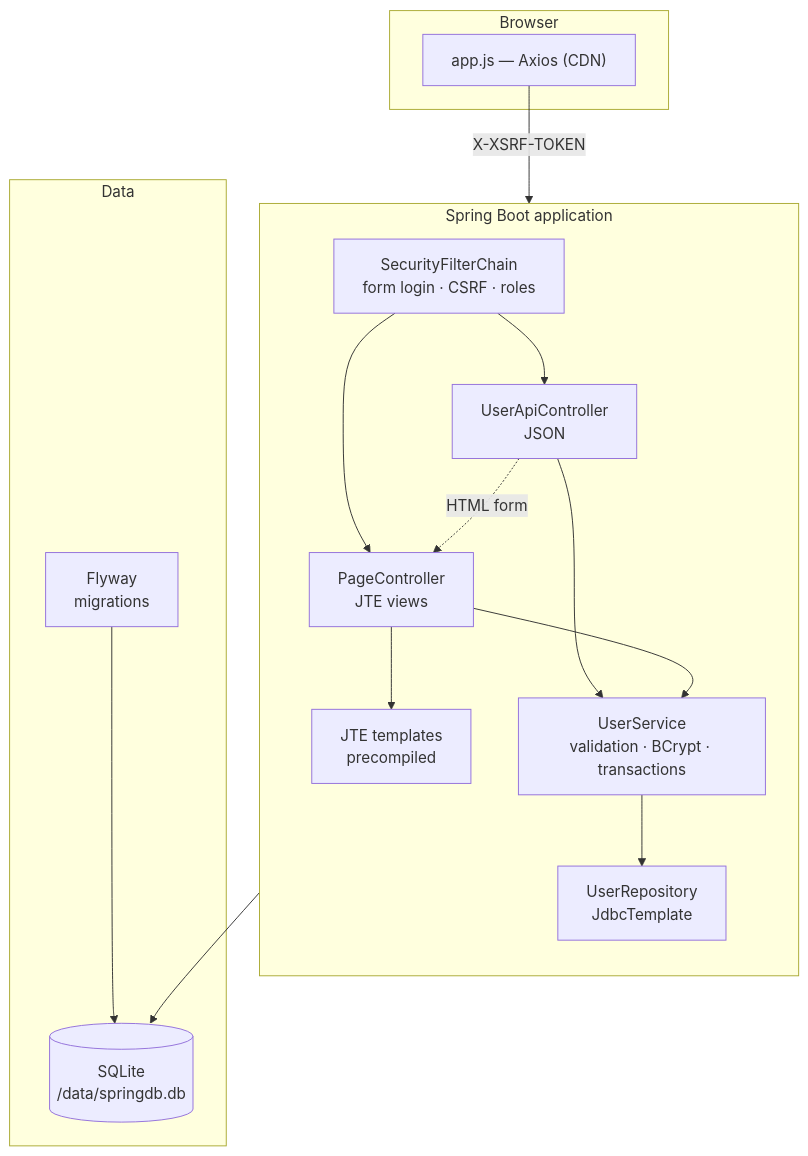
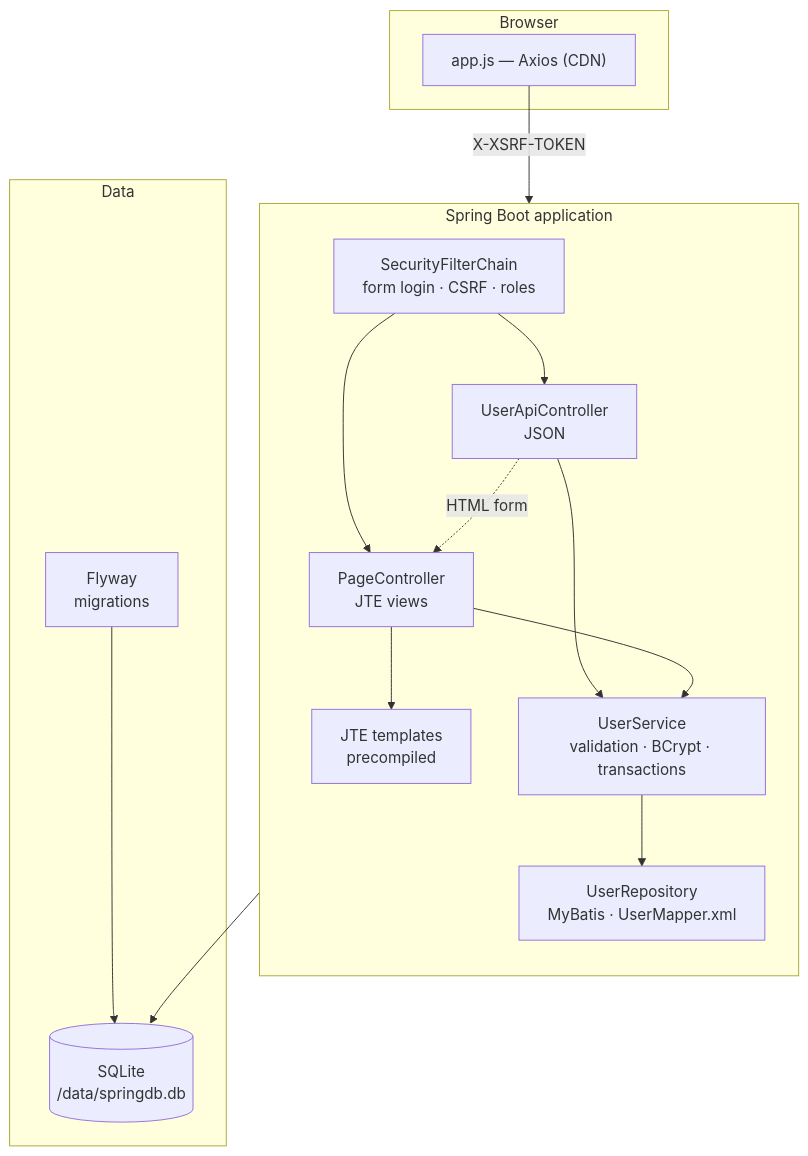
One commit to harrysuke/springsqlite changed the first of 3 diagrams in TECHNICAL.md. Above: the diagram before and after it, drawn with Mermaid. The commit also changed other lines of this file and 15 other files, not shown here.

````diff
--- a/TECHNICAL.md
+++ b/TECHNICAL.md
@@ -45,30 +45,30 @@
 ```mermaid
 flowchart TB
     subgraph client["Browser"]
         JS["app.js — Axios (CDN)"]
     end
 
     subgraph app["Spring Boot application"]
         direction TB
         SEC["SecurityFilterChain<br/>form login · CSRF · roles"]
         PC["PageController<br/>JTE views"]
         API["UserApiController<br/>JSON"]
         SVC["UserService<br/>validation · BCrypt · transactions"]
-        REPO["UserRepository<br/>JdbcTemplate"]
+        REPO["UserRepository<br/>MyBatis · UserMapper.xml"]
         JTE["JTE templates<br/>precompiled"]
         SEC --> PC & API
         PC --> JTE
         API & PC --> SVC
         SVC --> REPO
     end
 
     subgraph data["Data"]
         FLY["Flyway<br/>migrations"]
         DB[("SQLite<br/>/data/springdb.db")]
         FLY --> DB
         REPO --> DB
     end
 
     JS -->|"X-XSRF-TOKEN"| API
     API -.->|"HTML form"| PC
 ```
````
